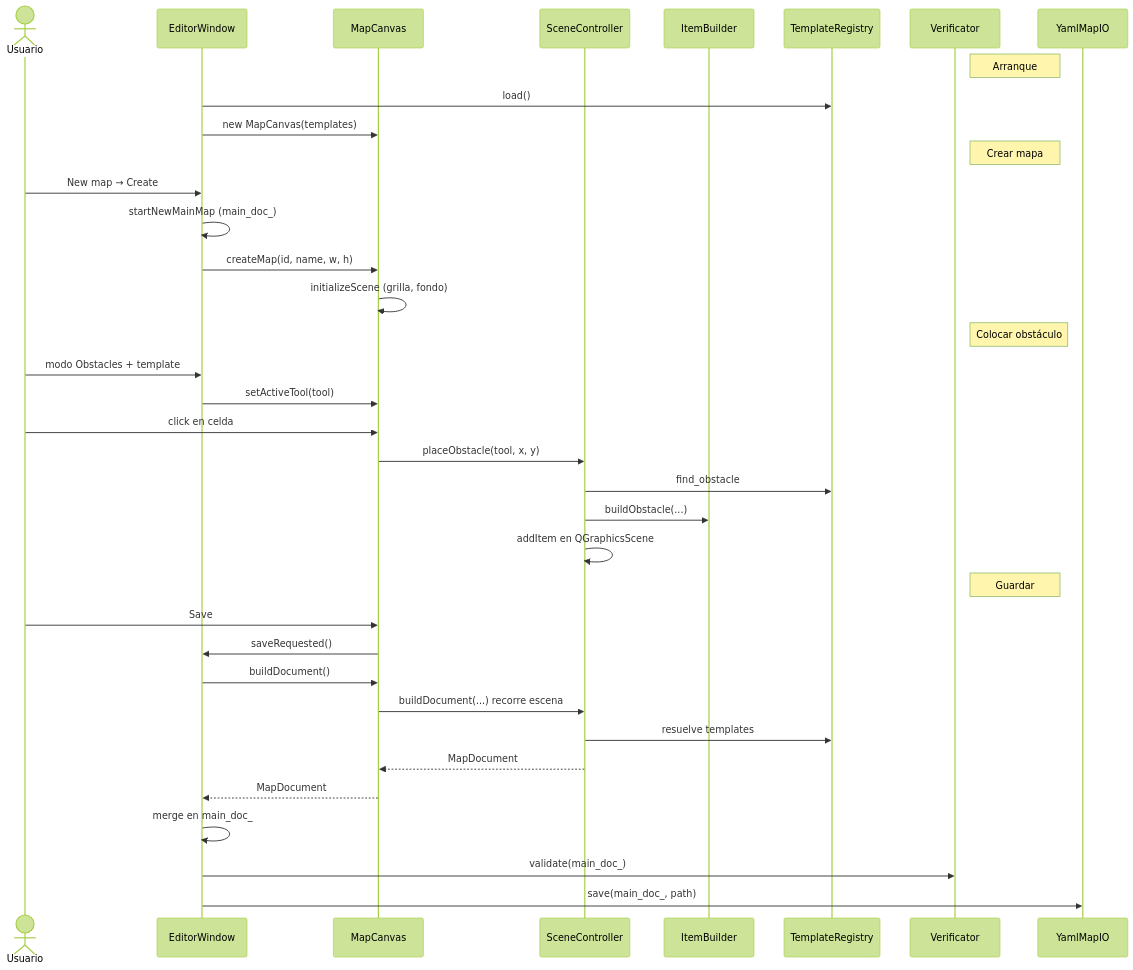
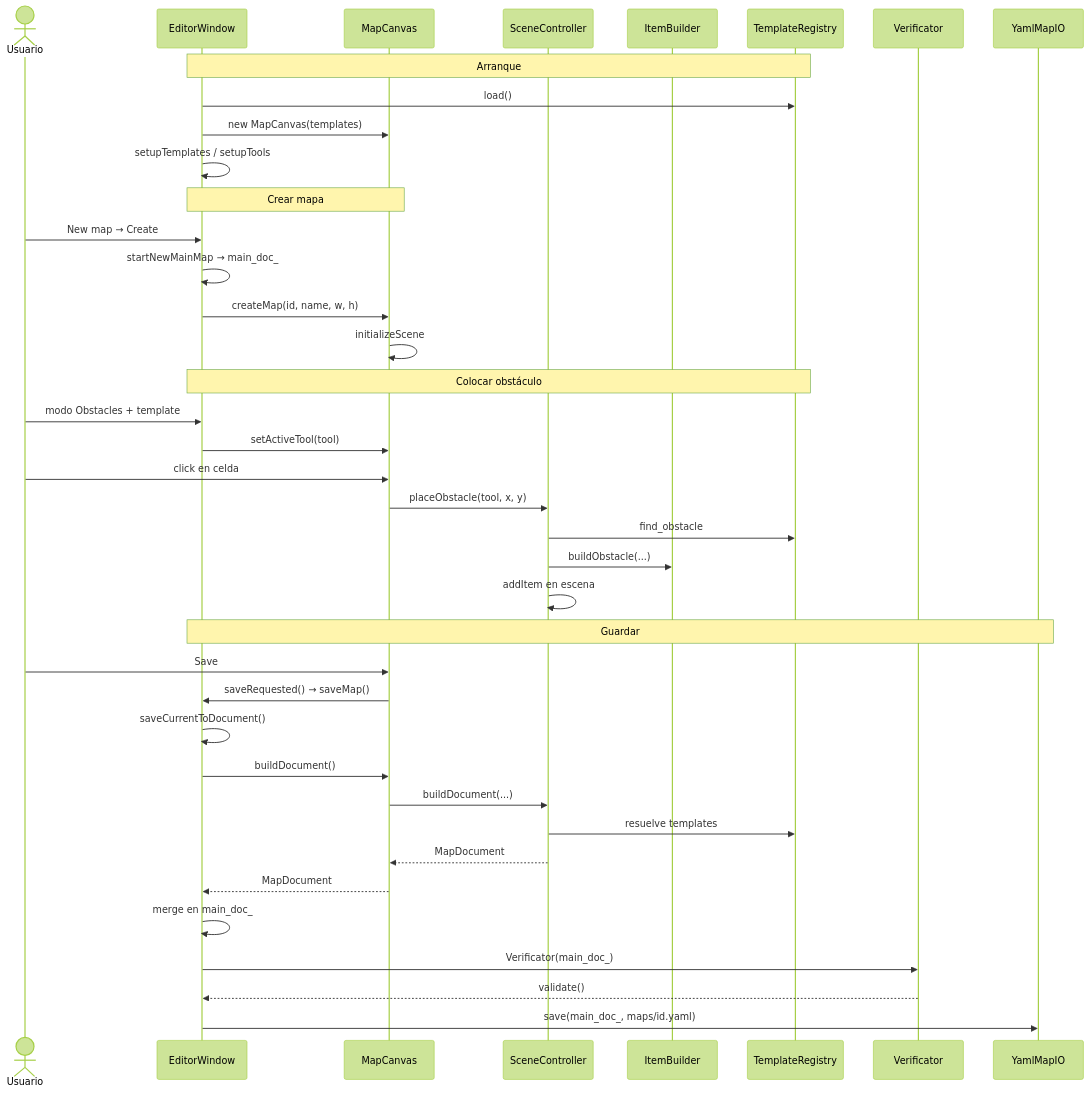
The seventh of 13 diagrams in documents/documentacion_tecnica.md (NicolasdelaTorre/TP_Grupal_Grupo_09_Argentum), drawn with Mermaid (forest theme) before and after one commit. The commit also changed other lines of this file, not shown here.

````diff
--- a/documents/documentacion_tecnica.md
+++ b/documents/documentacion_tecnica.md
@@ -429,42 +518,45 @@
 ```mermaid
 sequenceDiagram
     actor Usuario
     participant EW as EditorWindow
     participant MC as MapCanvas
     participant SC as SceneController
     participant IB as ItemBuilder
     participant TR as TemplateRegistry
     participant VER as Verificator
     participant IO as YamlMapIO
 
-    Note right of VER: Arranque
+    Note over EW,TR: Arranque
     EW->>TR: load()
     EW->>MC: new MapCanvas(templates)
+    EW->>EW: setupTemplates / setupTools
 
-    Note right of VER: Crear mapa
+    Note over EW,MC: Crear mapa
     Usuario->>EW: New map → Create
-    EW->>EW: startNewMainMap (main_doc_)
+    EW->>EW: startNewMainMap → main_doc_
     EW->>MC: createMap(id, name, w, h)
-    MC->>MC: initializeScene (grilla, fondo)
+    MC->>MC: initializeScene
 
-    Note right of VER: Colocar obstáculo
+    Note over EW,TR: Colocar obstáculo
     Usuario->>EW: modo Obstacles + template
     EW->>MC: setActiveTool(tool)
     Usuario->>MC: click en celda
     MC->>SC: placeObstacle(tool, x, y)
     SC->>TR: find_obstacle
     SC->>IB: buildObstacle(...)
-    SC->>SC: addItem en QGraphicsScene
+    SC->>SC: addItem en escena
 
-    Note right of VER: Guardar
+    Note over EW,IO: Guardar
     Usuario->>MC: Save
-    MC->>EW: saveRequested()
+    MC->>EW: saveRequested() → saveMap()
+    EW->>EW: saveCurrentToDocument()
     EW->>MC: buildDocument()
-    MC->>SC: buildDocument(...) recorre escena
+    MC->>SC: buildDocument(...)
     SC->>TR: resuelve templates
     SC-->>MC: MapDocument
     MC-->>EW: MapDocument
     EW->>EW: merge en main_doc_
-    EW->>VER: validate(main_doc_)
-    EW->>IO: save(main_doc_, path)
+    EW->>VER: Verificator(main_doc_)
+    VER-->>EW: validate()
+    EW->>IO: save(main_doc_, maps/id.yaml)
 ```
````
